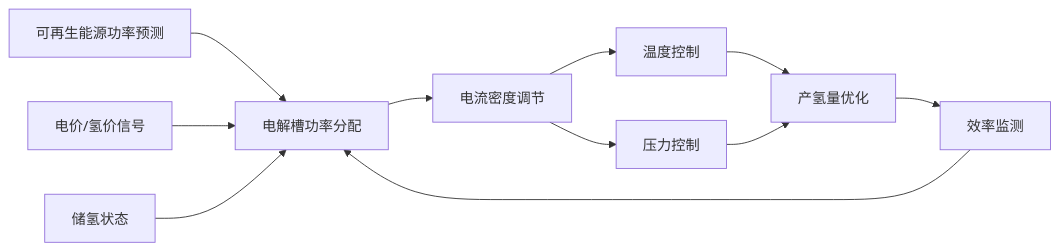
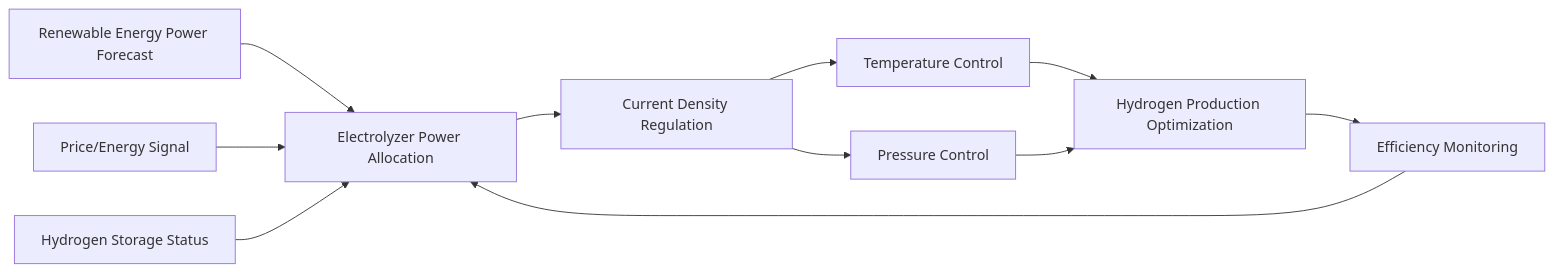
The third of 3 diagrams in tree/application/architecture/hydrogen-energy.md (teaglebuilt/knowledge-tree), drawn with Mermaid before and after one commit. The commit also changed other lines of this file and 18 other files, not shown here.

````diff
--- a/tree/application/architecture/hydrogen-energy.md
+++ b/tree/application/architecture/hydrogen-energy.md
@@ -198,12 +198,12 @@
 ```mermaid
 flowchart LR
-    A[可再生能源功率预测] --> B[电解槽功率分配]
-    C[电价/氢价信号] --> B
-    D[储氢状态] --> B
-    B --> E[电流密度调节]
-    E --> F[温度控制]
-    E --> G[压力控制]
-    F & G --> H[产氢量优化]
-    H --> I[效率监测]
+    A[Renewable Energy Power Forecast] --> B[Electrolyzer Power Allocation]
+    C[Price/Energy Signal] --> B
+    D[Hydrogen Storage Status] --> B
+    B --> E[Current Density Regulation]
+    E --> F[Temperature Control]
+    E --> G[Pressure Control]
+    F & G --> H[Hydrogen Production Optimization]
+    H --> I[Efficiency Monitoring]
     I --> B
 ```
````
